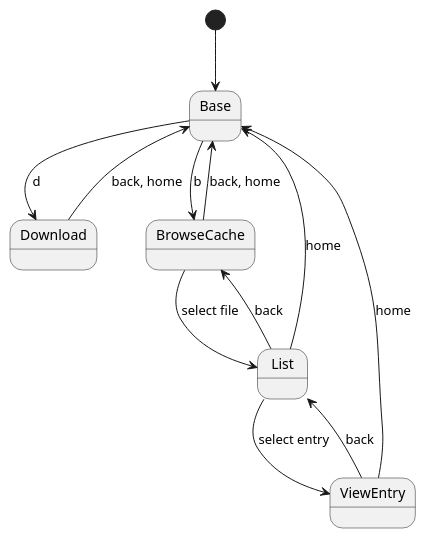
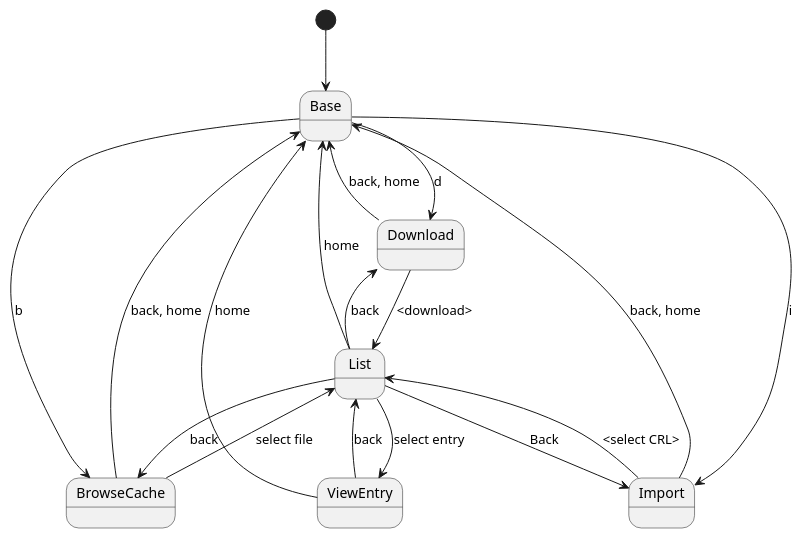
The diagram in states.puml (pimg/certguard), drawn with PlantUML before and after one commit. The commit also changed 35 other files, not shown here.

```diff
--- a/states.puml
+++ b/states.puml
@@ -1,13 +1,19 @@
 @startuml
 [*] --> Base
 Base --> Download: d
 Base --> BrowseCache: b
+Base --> Import: i
+Import --> Base: back, home
+Import --> List: <select CRL>
+List --> Import: Back
 BrowseCache --> List: select file
 List --> ViewEntry: select entry
 ViewEntry --> List: back
 ViewEntry --> Base: home
 List --> BrowseCache: back
 List --> Base: home
 BrowseCache --> Base: back, home
 Download --> Base: back, home
+Download --> List: <download>
+List --> Download: back
 @enduml
```
